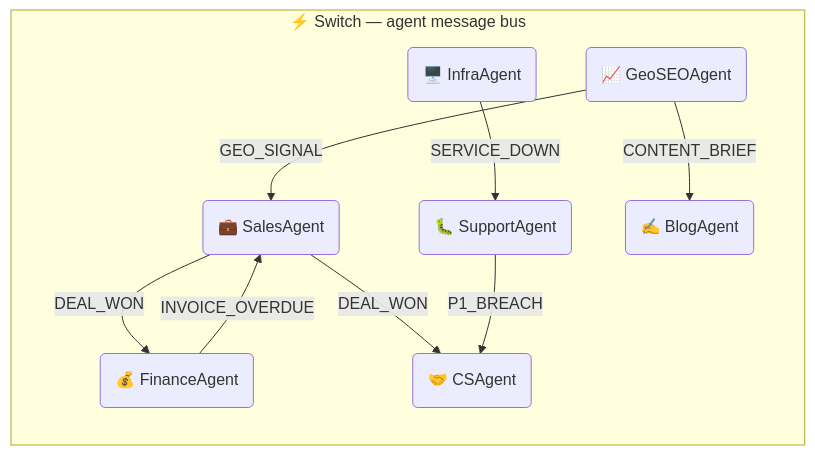
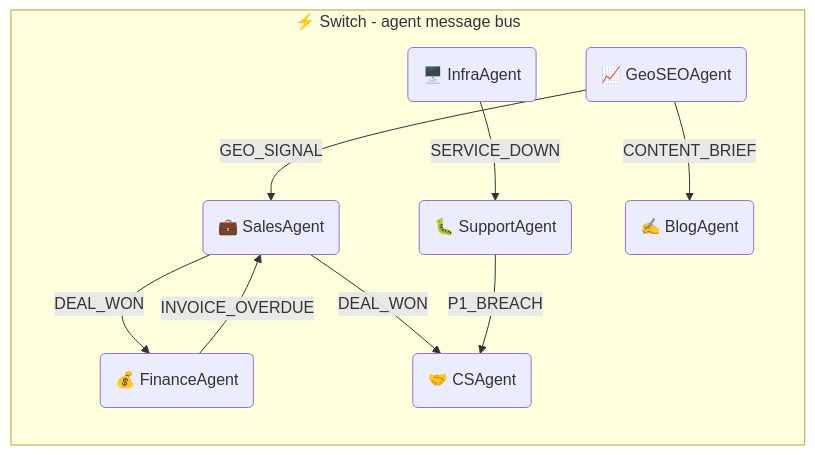
One commit to deveshchandiramani2006/switch-hackathon changed the diagram in README.md. Above: the diagram before and after it, drawn with Mermaid. The commit also changed other lines of this file and 8 other files, not shown here.

````diff
--- a/README.md
+++ b/README.md
@@ -92,19 +92,19 @@
 ```mermaid
 flowchart LR
-    subgraph sw["⚡ Switch — agent message bus"]
+    subgraph sw["⚡ Switch  -  agent message bus"]
         SA("💼 SalesAgent")
         FA("💰 FinanceAgent")
         CA("🤝 CSAgent")
         SUA("🐛 SupportAgent")
         GEO("📈 GeoSEOAgent")
         BA("✍️ BlogAgent")
         IA("🖥️ InfraAgent")
     end
 
     SA  -->|DEAL_WON| FA & CA
     FA  -->|INVOICE_OVERDUE| SA
     SUA -->|P1_BREACH| CA
     IA  -->|SERVICE_DOWN| SUA
     GEO -->|CONTENT_BRIEF| BA
     GEO -->|GEO_SIGNAL| SA
 ```
````
